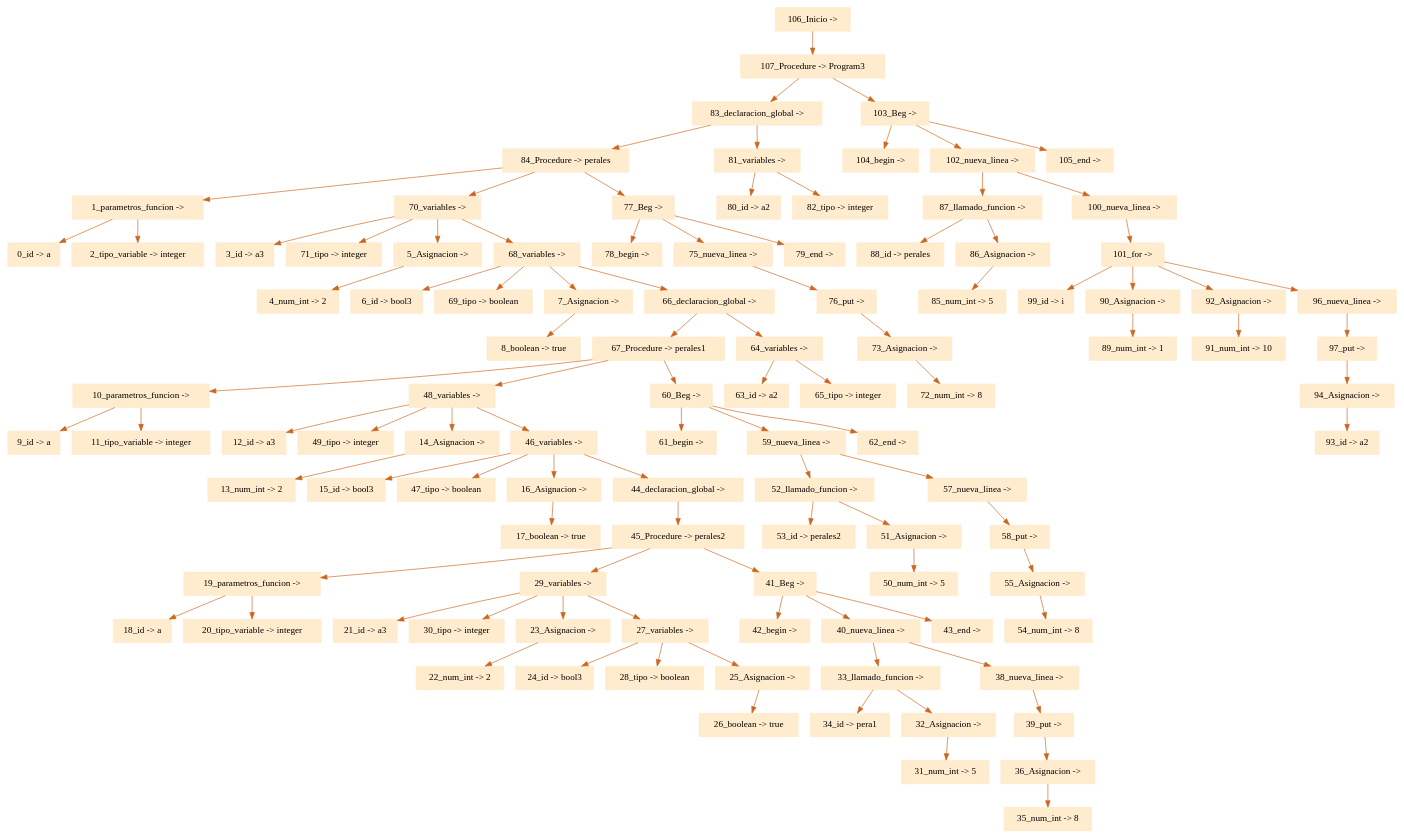
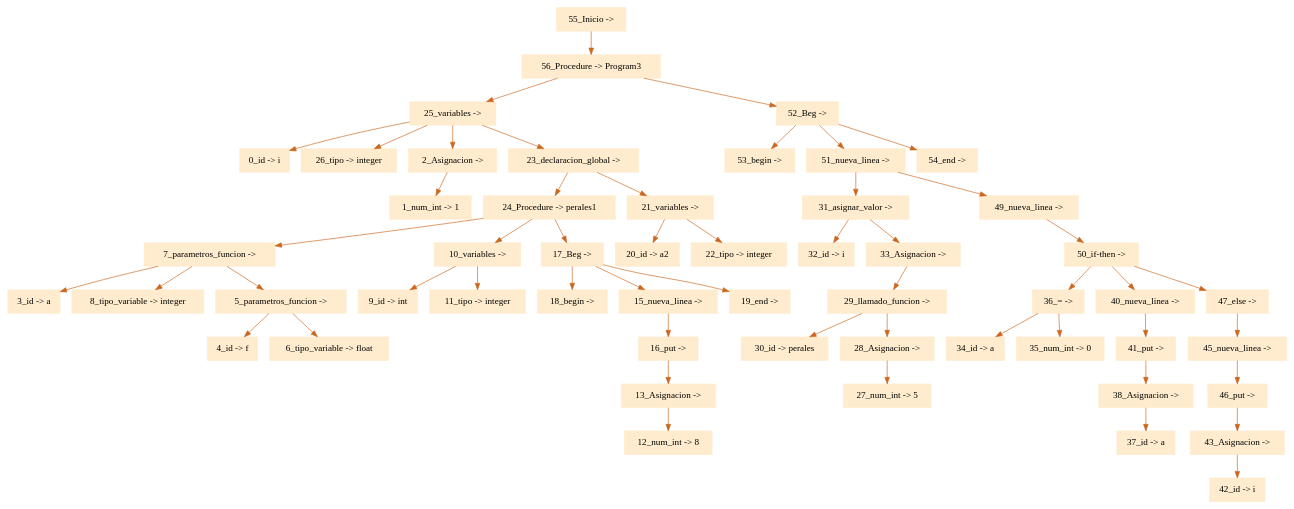
Before and after one commit to eliasgz97/Proyecto_Compiladores: the diagram in ProyectoCompiladores/arbol.dot, drawn with Graphviz. The commit also changed 8 other files, not shown here.

```diff
--- a/ProyectoCompiladores/arbol.dot
+++ b/ProyectoCompiladores/arbol.dot
@@ -1,107 +1,57 @@
 digraph G {node[shape=box, style=filled, color=blanchedalmond]; edge[color=chocolate3];rankdir=UD 
 
-"106_Inicio -> "->"107_Procedure -> Program3"
-"107_Procedure -> Program3"->"83_declaracion_global -> "
-"83_declaracion_global -> "->"84_Procedure -> perales"
-"84_Procedure -> perales"->"1_parametros_funcion -> "
-"1_parametros_funcion -> "->"0_id -> a"
-"1_parametros_funcion -> "->"2_tipo_variable -> integer"
-"84_Procedure -> perales"->"70_variables -> "
-"70_variables -> "->"3_id -> a3"
-"70_variables -> "->"71_tipo -> integer"
-"70_variables -> "->"5_Asignacion -> "
-"5_Asignacion -> "->"4_num_int -> 2"
-"70_variables -> "->"68_variables -> "
-"68_variables -> "->"6_id -> bool3"
-"68_variables -> "->"69_tipo -> boolean"
-"68_variables -> "->"7_Asignacion -> "
-"7_Asignacion -> "->"8_boolean -> true"
-"68_variables -> "->"66_declaracion_global -> "
-"66_declaracion_global -> "->"67_Procedure -> perales1"
-"67_Procedure -> perales1"->"10_parametros_funcion -> "
-"10_parametros_funcion -> "->"9_id -> a"
-"10_parametros_funcion -> "->"11_tipo_variable -> integer"
-"67_Procedure -> perales1"->"48_variables -> "
-"48_variables -> "->"12_id -> a3"
-"48_variables -> "->"49_tipo -> integer"
-"48_variables -> "->"14_Asignacion -> "
-"14_Asignacion -> "->"13_num_int -> 2"
-"48_variables -> "->"46_variables -> "
-"46_variables -> "->"15_id -> bool3"
-"46_variables -> "->"47_tipo -> boolean"
-"46_variables -> "->"16_Asignacion -> "
-"16_Asignacion -> "->"17_boolean -> true"
-"46_variables -> "->"44_declaracion_global -> "
-"44_declaracion_global -> "->"45_Procedure -> perales2"
-"45_Procedure -> perales2"->"19_parametros_funcion -> "
-"19_parametros_funcion -> "->"18_id -> a"
-"19_parametros_funcion -> "->"20_tipo_variable -> integer"
-"45_Procedure -> perales2"->"29_variables -> "
-"29_variables -> "->"21_id -> a3"
-"29_variables -> "->"30_tipo -> integer"
-"29_variables -> "->"23_Asignacion -> "
-"23_Asignacion -> "->"22_num_int -> 2"
-"29_variables -> "->"27_variables -> "
-"27_variables -> "->"24_id -> bool3"
-"27_variables -> "->"28_tipo -> boolean"
-"27_variables -> "->"25_Asignacion -> "
-"25_Asignacion -> "->"26_boolean -> true"
-"45_Procedure -> perales2"->"41_Beg -> "
-"41_Beg -> "->"42_begin -> "
-"41_Beg -> "->"40_nueva_linea -> "
-"40_nueva_linea -> "->"33_llamado_funcion -> "
-"33_llamado_funcion -> "->"34_id -> pera1"
-"33_llamado_funcion -> "->"32_Asignacion -> "
-"32_Asignacion -> "->"31_num_int -> 5"
-"40_nueva_linea -> "->"38_nueva_linea -> "
-"38_nueva_linea -> "->"39_put -> "
-"39_put -> "->"36_Asignacion -> "
-"36_Asignacion -> "->"35_num_int -> 8"
-"41_Beg -> "->"43_end -> "
-"67_Procedure -> perales1"->"60_Beg -> "
-"60_Beg -> "->"61_begin -> "
-"60_Beg -> "->"59_nueva_linea -> "
-"59_nueva_linea -> "->"52_llamado_funcion -> "
-"52_llamado_funcion -> "->"53_id -> perales2"
-"52_llamado_funcion -> "->"51_Asignacion -> "
-"51_Asignacion -> "->"50_num_int -> 5"
-"59_nueva_linea -> "->"57_nueva_linea -> "
-"57_nueva_linea -> "->"58_put -> "
-"58_put -> "->"55_Asignacion -> "
-"55_Asignacion -> "->"54_num_int -> 8"
-"60_Beg -> "->"62_end -> "
-"66_declaracion_global -> "->"64_variables -> "
-"64_variables -> "->"63_id -> a2"
-"64_variables -> "->"65_tipo -> integer"
-"84_Procedure -> perales"->"77_Beg -> "
-"77_Beg -> "->"78_begin -> "
-"77_Beg -> "->"75_nueva_linea -> "
-"75_nueva_linea -> "->"76_put -> "
-"76_put -> "->"73_Asignacion -> "
-"73_Asignacion -> "->"72_num_int -> 8"
-"77_Beg -> "->"79_end -> "
-"83_declaracion_global -> "->"81_variables -> "
-"81_variables -> "->"80_id -> a2"
-"81_variables -> "->"82_tipo -> integer"
-"107_Procedure -> Program3"->"103_Beg -> "
-"103_Beg -> "->"104_begin -> "
-"103_Beg -> "->"102_nueva_linea -> "
-"102_nueva_linea -> "->"87_llamado_funcion -> "
-"87_llamado_funcion -> "->"88_id -> perales"
-"87_llamado_funcion -> "->"86_Asignacion -> "
-"86_Asignacion -> "->"85_num_int -> 5"
-"102_nueva_linea -> "->"100_nueva_linea -> "
-"100_nueva_linea -> "->"101_for -> "
-"101_for -> "->"99_id -> i"
-"101_for -> "->"90_Asignacion -> "
-"90_Asignacion -> "->"89_num_int -> 1"
-"101_for -> "->"92_Asignacion -> "
-"92_Asignacion -> "->"91_num_int -> 10"
-"101_for -> "->"96_nueva_linea -> "
-"96_nueva_linea -> "->"97_put -> "
-"97_put -> "->"94_Asignacion -> "
-"94_Asignacion -> "->"93_id -> a2"
-"103_Beg -> "->"105_end -> "
+"55_Inicio -> "->"56_Procedure -> Program3"
+"56_Procedure -> Program3"->"25_variables -> "
+"25_variables -> "->"0_id -> i"
+"25_variables -> "->"26_tipo -> integer"
+"25_variables -> "->"2_Asignacion -> "
+"2_Asignacion -> "->"1_num_int -> 1"
+"25_variables -> "->"23_declaracion_global -> "
+"23_declaracion_global -> "->"24_Procedure -> perales1"
+"24_Procedure -> perales1"->"7_parametros_funcion -> "
+"7_parametros_funcion -> "->"3_id -> a"
+"7_parametros_funcion -> "->"8_tipo_variable -> integer"
+"7_parametros_funcion -> "->"5_parametros_funcion -> "
+"5_parametros_funcion -> "->"4_id -> f"
+"5_parametros_funcion -> "->"6_tipo_variable -> float"
+"24_Procedure -> perales1"->"10_variables -> "
+"10_variables -> "->"9_id -> int"
+"10_variables -> "->"11_tipo -> integer"
+"24_Procedure -> perales1"->"17_Beg -> "
+"17_Beg -> "->"18_begin -> "
+"17_Beg -> "->"15_nueva_linea -> "
+"15_nueva_linea -> "->"16_put -> "
+"16_put -> "->"13_Asignacion -> "
+"13_Asignacion -> "->"12_num_int -> 8"
+"17_Beg -> "->"19_end -> "
+"23_declaracion_global -> "->"21_variables -> "
+"21_variables -> "->"20_id -> a2"
+"21_variables -> "->"22_tipo -> integer"
+"56_Procedure -> Program3"->"52_Beg -> "
+"52_Beg -> "->"53_begin -> "
+"52_Beg -> "->"51_nueva_linea -> "
+"51_nueva_linea -> "->"31_asignar_valor -> "
+"31_asignar_valor -> "->"32_id -> i"
+"31_asignar_valor -> "->"33_Asignacion -> "
+"33_Asignacion -> "->"29_llamado_funcion -> "
+"29_llamado_funcion -> "->"30_id -> perales"
+"29_llamado_funcion -> "->"28_Asignacion -> "
+"28_Asignacion -> "->"27_num_int -> 5"
+"51_nueva_linea -> "->"49_nueva_linea -> "
+"49_nueva_linea -> "->"50_if-then -> "
+"50_if-then -> "->"36_= -> "
+"36_= -> "->"34_id -> a"
+"36_= -> "->"35_num_int -> 0"
+"50_if-then -> "->"40_nueva_linea -> "
+"40_nueva_linea -> "->"41_put -> "
+"41_put -> "->"38_Asignacion -> "
+"38_Asignacion -> "->"37_id -> a"
+"50_if-then -> "->"47_else -> "
+"47_else -> "->"45_nueva_linea -> "
+"45_nueva_linea -> "->"46_put -> "
+"46_put -> "->"43_Asignacion -> "
+"43_Asignacion -> "->"42_id -> i"
+"52_Beg -> "->"54_end -> "
 
 
 }
```
